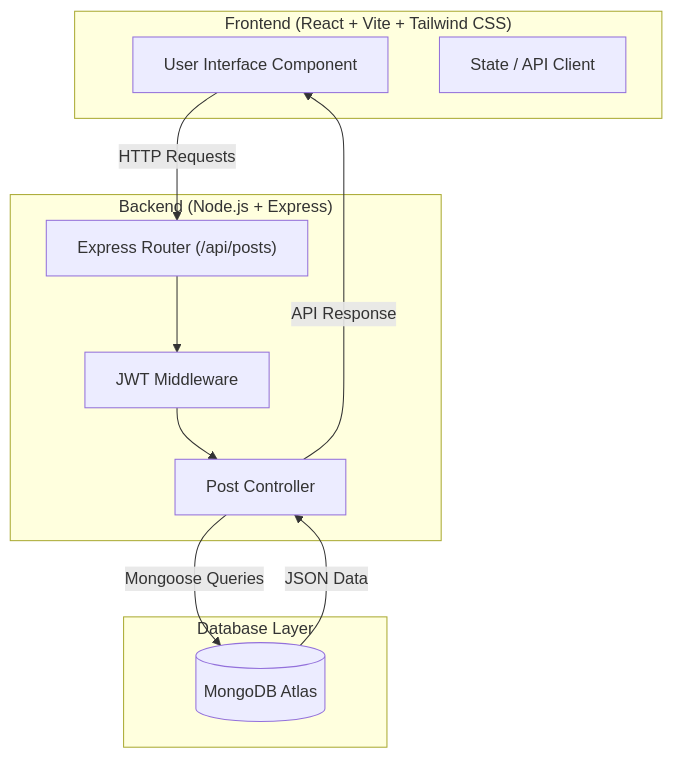
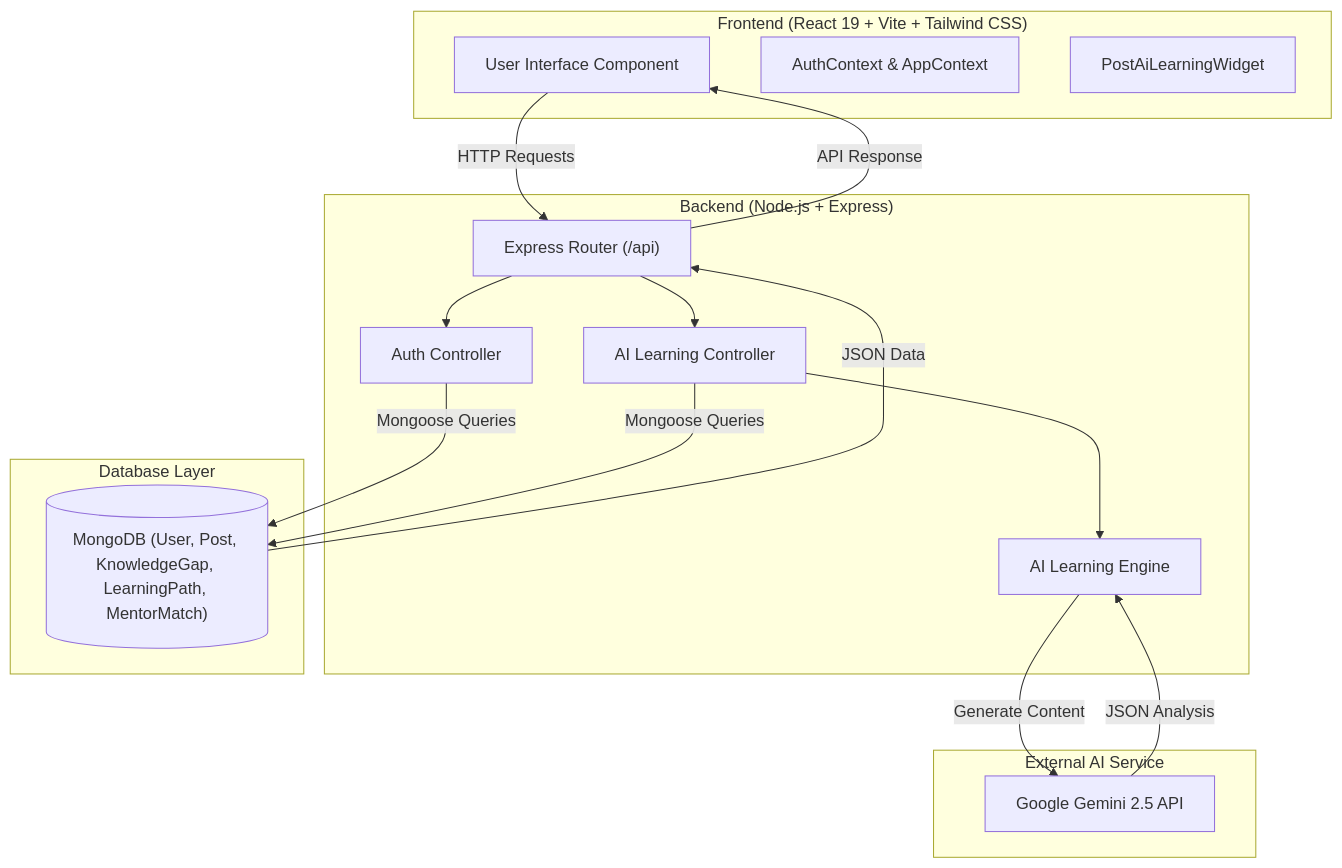
One commit to maximN27/Eduhive changed the diagram in README.md. Above: the diagram before and after it, drawn with Mermaid. The commit also changed other lines of this file and 10 other files, not shown here.

````diff
--- a/README.md
+++ b/README.md
@@ -61,24 +65,33 @@
 ```mermaid
 flowchart TD
-    subgraph Client ["Frontend (React + Vite + Tailwind CSS)"]
+    subgraph Client ["Frontend (React 19 + Vite + Tailwind CSS)"]
         UI["User Interface Component"]
-        State["State / API Client"]
+        AuthCtx["AuthContext & AppContext"]
+        AiWidget["PostAiLearningWidget"]
     end
 
     subgraph Server ["Backend (Node.js + Express)"]
-        Router["Express Router (/api/posts)"]
-        Controller["Post Controller"]
-        AuthMiddleware["JWT Middleware"]
+        Router["Express Router (/api)"]
+        AuthCtrl["Auth Controller"]
+        AiCtrl["AI Learning Controller"]
+        AiEngine["AI Learning Engine"]
+    end
+
+    subgraph External ["External AI Service"]
+        Gemini["Google Gemini 2.5 API"]
     end
 
     subgraph Database ["Database Layer"]
-        MongoDB[("MongoDB Atlas")]
+        MongoDB[("MongoDB (User, Post, KnowledgeGap, LearningPath, MentorMatch)")]
     end
 
     UI -->|HTTP Requests| Router
-    Router --> AuthMiddleware
-    AuthMiddleware --> Controller
-    Controller -->|Mongoose Queries| MongoDB
-    MongoDB -->|JSON Data| Controller
-    Controller -->|API Response| UI
+    Router --> AuthCtrl
+    Router --> AiCtrl
+    AiCtrl --> AiEngine
+    AiEngine -->|Generate Content| Gemini
+    Gemini -->|JSON Analysis| AiEngine
+    AuthCtrl & AiCtrl -->|Mongoose Queries| MongoDB
+    MongoDB -->|JSON Data| Router
+    Router -->|API Response| UI
 ```
````
